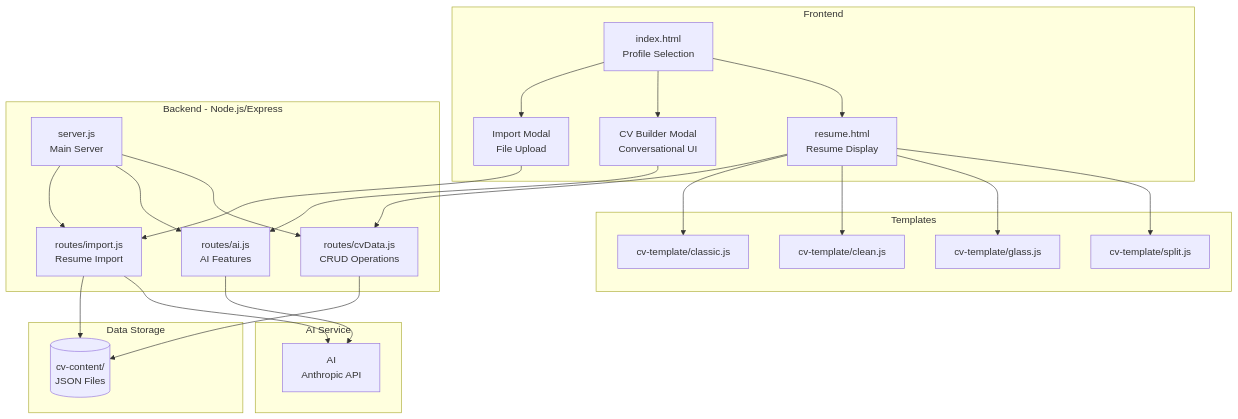
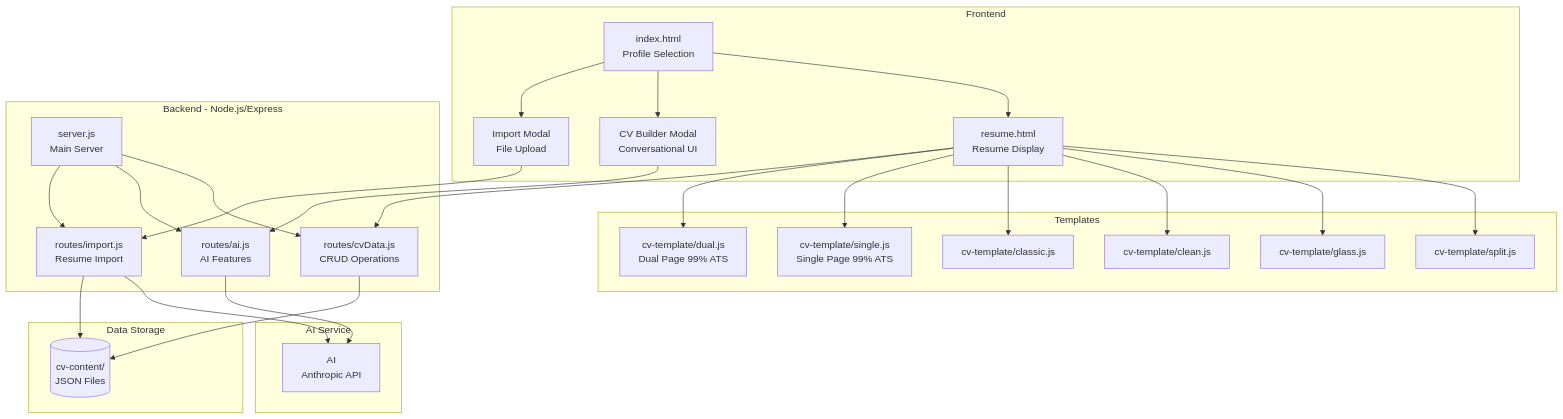
One commit to shubha95m/shubham-sharma changed the first of 2 diagrams in README.md. Above: the diagram before and after it, drawn with Mermaid. The commit also changed other lines of this file and 15 other files, not shown here.

````diff
--- a/README.md
+++ b/README.md
@@ -45,39 +45,41 @@
 ```mermaid
 graph TB
     subgraph "Frontend"
         A[index.html<br/>Profile Selection] --> B[resume.html<br/>Resume Display]
         A --> C[CV Builder Modal<br/>Conversational UI]
         A --> D[Import Modal<br/>File Upload]
     end
     
     subgraph "Backend - Node.js/Express"
         E[server.js<br/>Main Server]
         E --> F[routes/cvData.js<br/>CRUD Operations]
         E --> G[routes/ai.js<br/>AI Features]
         E --> H[routes/import.js<br/>Resume Import]
     end
     
     subgraph "Templates"
         I[cv-template/split.js]
         J[cv-template/glass.js]
         K[cv-template/clean.js]
         L[cv-template/classic.js]
+        O[cv-template/single.js<br/>Single Page 99% ATS]
+        P[cv-template/dual.js<br/>Dual Page 99% ATS]
     end
     
     subgraph "Data Storage"
         M[(cv-content/<br/>JSON Files)]
     end
     
     subgraph "AI Service"
         N[AI<br/>Anthropic API]
     end
     
-    B --> I & J & K & L
+    B --> I & J & K & L & O & P
     C --> G
     D --> H
     F --> M
     G --> N
     H --> N
     H --> M
     B --> F
 ```
````
